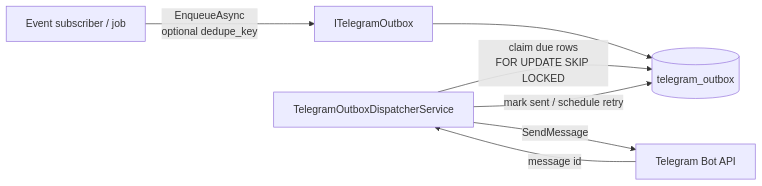
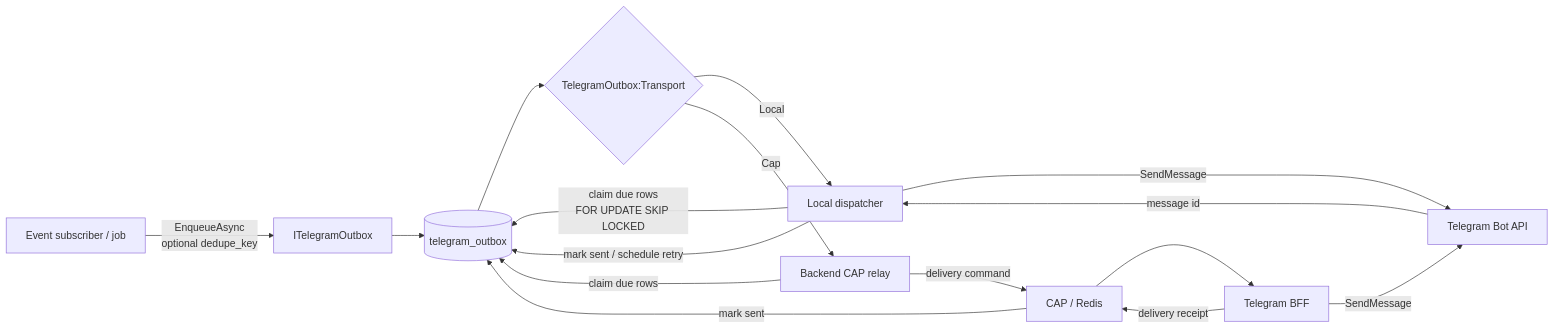
Before and after one commit to cpp20120/GameShiz: diagram 12 of 19 in docs/arch.md, drawn with Mermaid. The commit also changed other lines of this file and 148 other files, not shown here.

Commit message:
refactor: add quartz cap outbox and persistence cleanup

````diff
--- a/docs/arch.md
+++ b/docs/arch.md
@@ -498,15 +502,28 @@
 ```mermaid
 flowchart LR
     subscriber["Event subscriber / job"]
     api["ITelegramOutbox"]
     table[("telegram_outbox")]
-    dispatcher["TelegramOutboxDispatcherService"]
+    mode{"TelegramOutbox:Transport"}
+    dispatcher["Local dispatcher"]
+    relay["Backend CAP relay"]
+    cap["CAP / Redis"]
+    bff["Telegram BFF"]
     bot["Telegram Bot API"]
 
     subscriber -->|"EnqueueAsync<br/>optional dedupe_key"| api
     api --> table
+    table --> mode
+    mode -->|"Local"| dispatcher
+    mode -->|"Cap"| relay
     dispatcher -->|"claim due rows<br/>FOR UPDATE SKIP LOCKED"| table
     dispatcher -->|"SendMessage"| bot
     bot -->|"message id"| dispatcher
     dispatcher -->|"mark sent / schedule retry"| table
+    relay -->|"claim due rows"| table
+    relay -->|"delivery command"| cap
+    cap --> bff
+    bff -->|"SendMessage"| bot
+    bff -->|"delivery receipt"| cap
+    cap -->|"mark sent"| table
 ```
````
